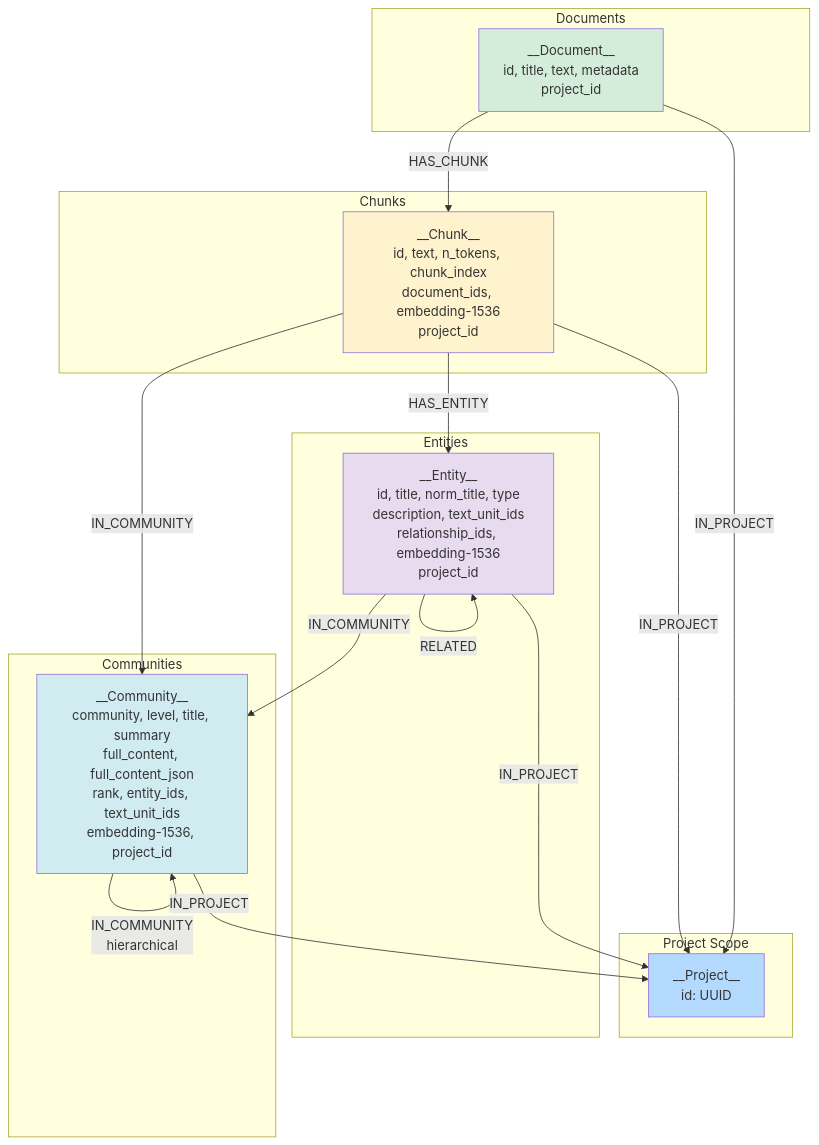
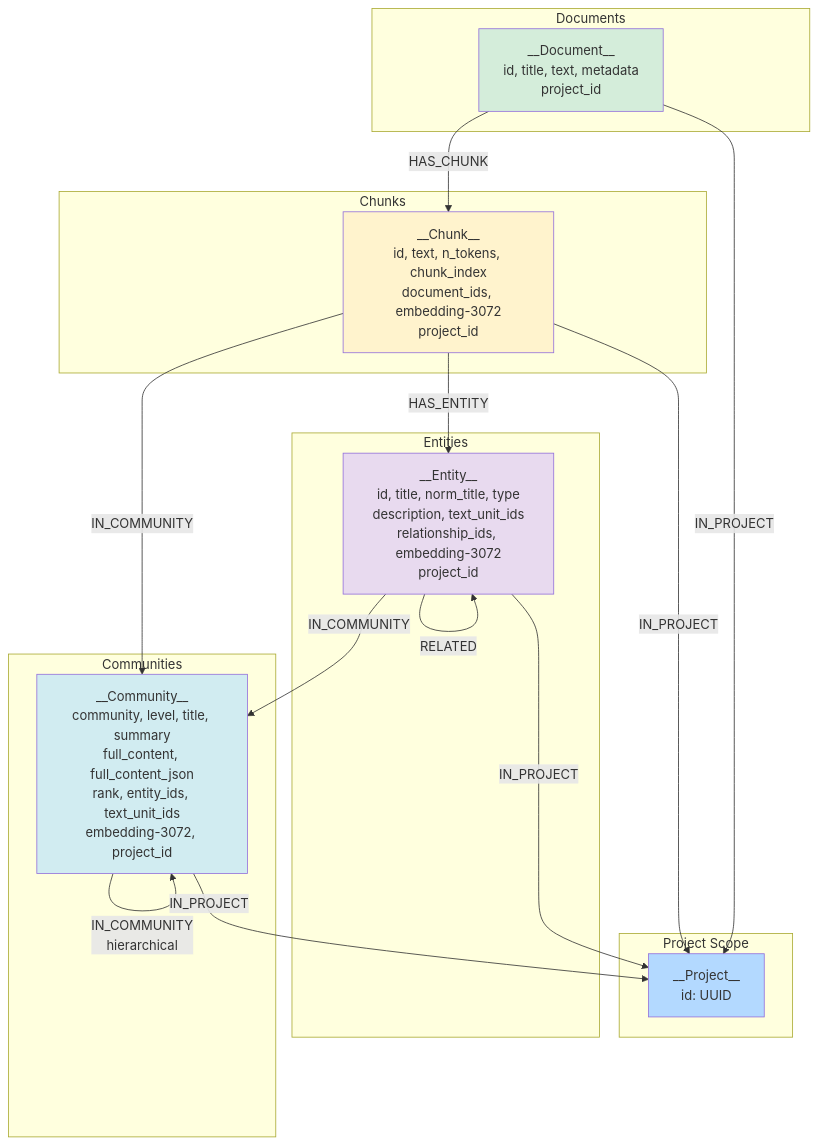
One commit to vladavilov/playground changed the third of 4 diagrams in git-epic-creator/services/neo4j_ingestion_service/README.md. Above: the diagram before and after it, drawn with Mermaid. The commit also changed other lines of this file and 14 other files, not shown here.

````diff
--- a/git-epic-creator/services/neo4j_ingestion_service/README.md
+++ b/git-epic-creator/services/neo4j_ingestion_service/README.md
@@ -130,39 +130,39 @@
 ```mermaid
 graph TB
     subgraph Project Scope
         P[__Project__<br/>id: UUID]
     end
     
     subgraph Documents
         D[__Document__<br/>id, title, text, metadata<br/>project_id]
     end
     
     subgraph Chunks
-        C[__Chunk__<br/>id, text, n_tokens, chunk_index<br/>document_ids, embedding-1536<br/>project_id]
+        C[__Chunk__<br/>id, text, n_tokens, chunk_index<br/>document_ids, embedding-3072<br/>project_id]
     end
     
     subgraph Entities
-        E[__Entity__<br/>id, title, norm_title, type<br/>description, text_unit_ids<br/>relationship_ids, embedding-1536<br/>project_id]
+        E[__Entity__<br/>id, title, norm_title, type<br/>description, text_unit_ids<br/>relationship_ids, embedding-3072<br/>project_id]
     end
     
     subgraph Communities
-        CM[__Community__<br/>community, level, title, summary<br/>full_content, full_content_json<br/>rank, entity_ids, text_unit_ids<br/>embedding-1536, project_id]
+        CM[__Community__<br/>community, level, title, summary<br/>full_content, full_content_json<br/>rank, entity_ids, text_unit_ids<br/>embedding-3072, project_id]
     end
     
     D -->|HAS_CHUNK| C
     C -->|HAS_ENTITY| E
     E -->|RELATED| E
     E -->|IN_COMMUNITY| CM
     C -->|IN_COMMUNITY| CM
     CM -->|IN_COMMUNITY<br/>hierarchical| CM
     D -->|IN_PROJECT| P
     C -->|IN_PROJECT| P
     E -->|IN_PROJECT| P
     CM -->|IN_PROJECT| P
     
     style P fill:#b3d9ff
     style D fill:#d4edda
     style C fill:#fff3cd
     style E fill:#e8daef
     style CM fill:#d1ecf1
 ```
````
